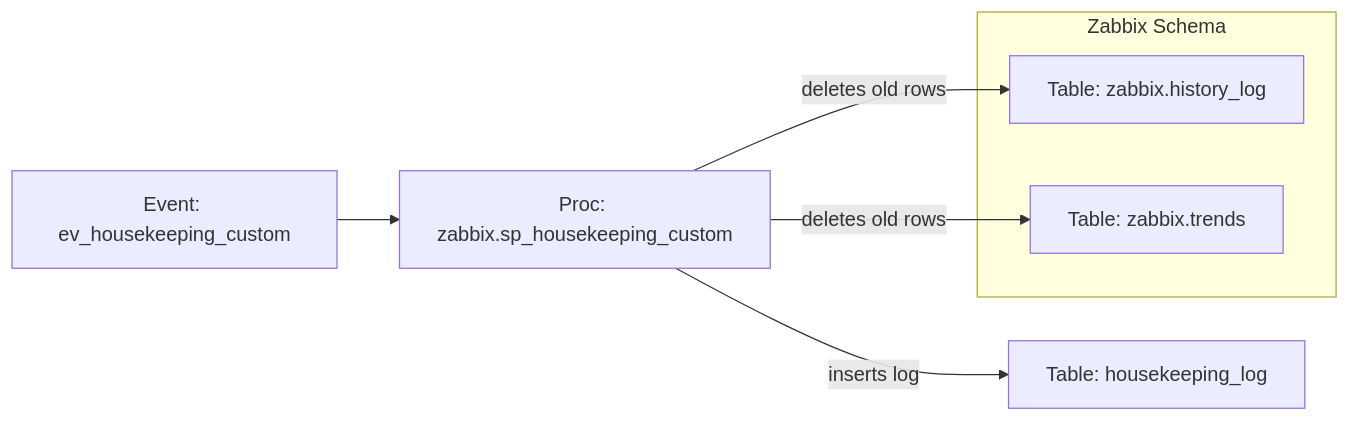
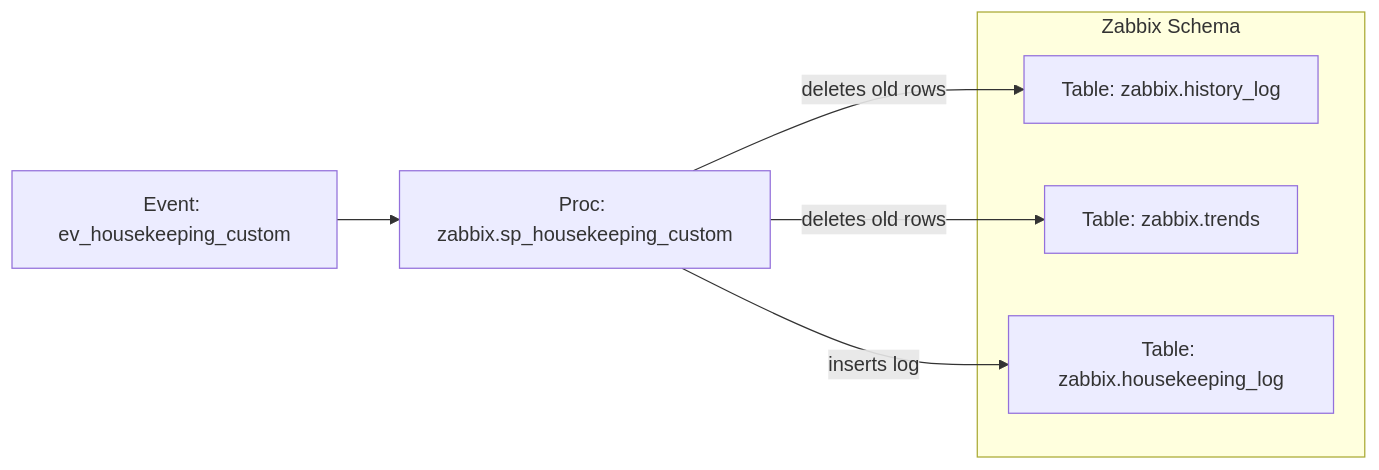
The diagram in README.md (dbfriend/zabbix-custom-housekeeping), drawn with Mermaid before and after one commit. The commit also changed other lines of this file, not shown here.

````diff
--- a/README.md
+++ b/README.md
@@ -94,11 +91,12 @@
 ```mermaid
 graph LR
   subgraph Zabbix Schema
     ZH[Table: zabbix.history_log]
     ZT[Table: zabbix.trends]
+    ZW[Table: zabbix.housekeeping_log]
   end
   E[Event: ev_housekeeping_custom] --> P[Proc: zabbix.sp_housekeeping_custom]
   P -- deletes old rows --> ZH
   P -- deletes old rows --> ZT
-  P -- inserts log --> HL[Table: housekeeping_log]
+  P -- inserts log --> ZW
 ```
````
